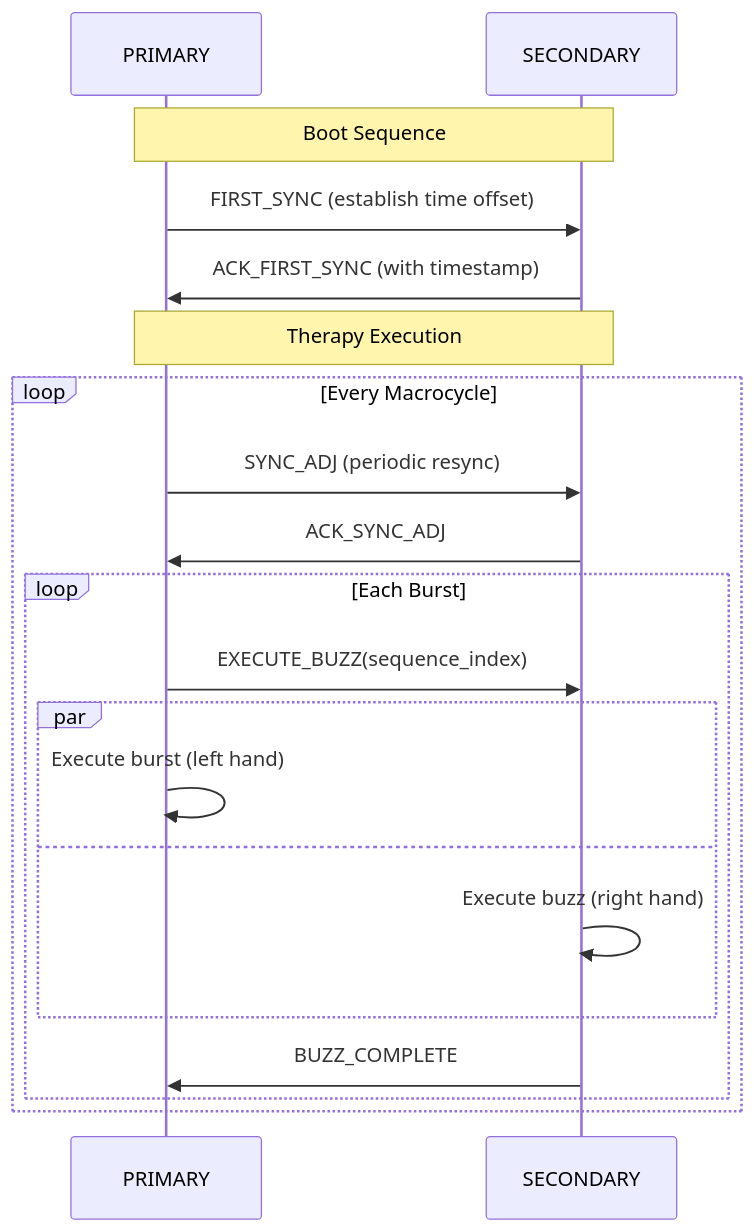
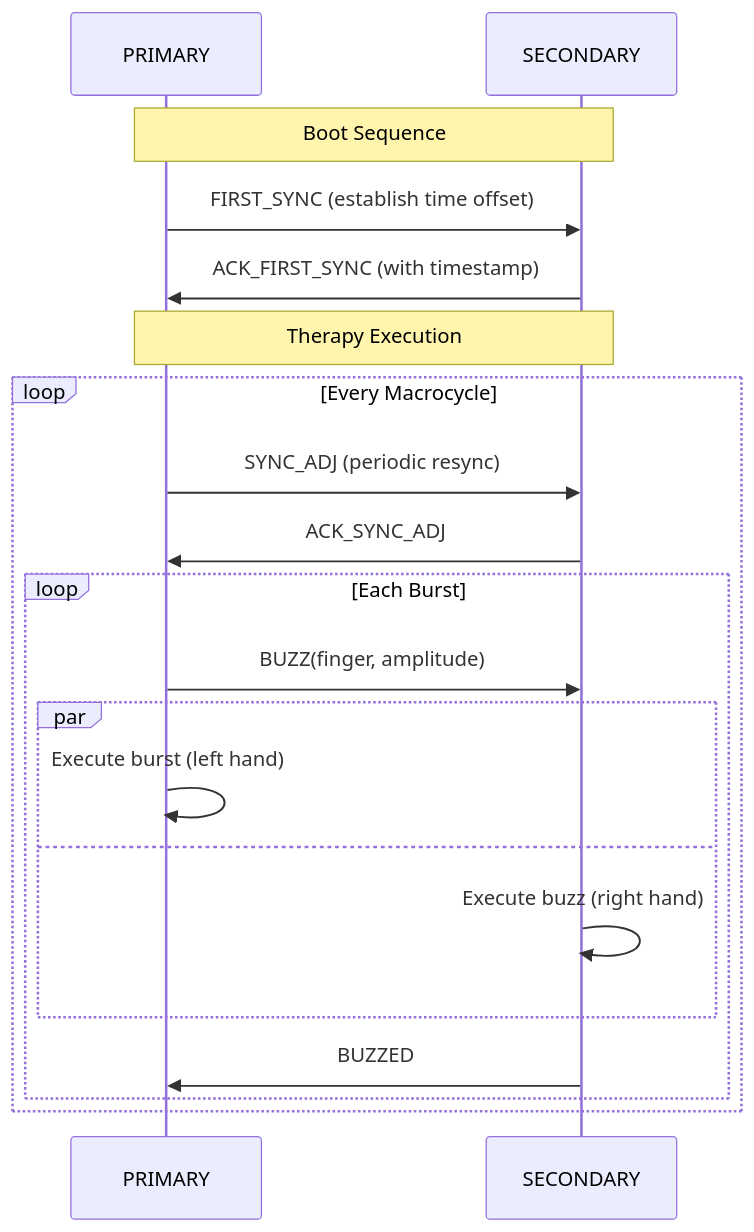
The second of 5 diagrams in docs/ARCHITECTURE.md (BlueBuzzah/BlueBuzzah2-Firmware), drawn with Mermaid before and after one commit. The commit also changed other lines of this file and 11 other files, not shown here.

````diff
--- a/docs/ARCHITECTURE.md
+++ b/docs/ARCHITECTURE.md
@@ -550,25 +854,25 @@
 ```mermaid
 sequenceDiagram
     participant P as PRIMARY
     participant S as SECONDARY
 
     Note over P,S: Boot Sequence
     P->>S: FIRST_SYNC (establish time offset)
     S->>P: ACK_FIRST_SYNC (with timestamp)
 
     Note over P,S: Therapy Execution
     loop Every Macrocycle
         P->>S: SYNC_ADJ (periodic resync)
         S->>P: ACK_SYNC_ADJ
 
         loop Each Burst
-            P->>S: EXECUTE_BUZZ(sequence_index)
+            P->>S: BUZZ(finger, amplitude)
             par
               P->>P: Execute burst (left hand)
             and
               S->>S: Execute buzz (right hand)
             end
-            S->>P: BUZZ_COMPLETE
+            S->>P: BUZZED
         end
     end
 ```
````
